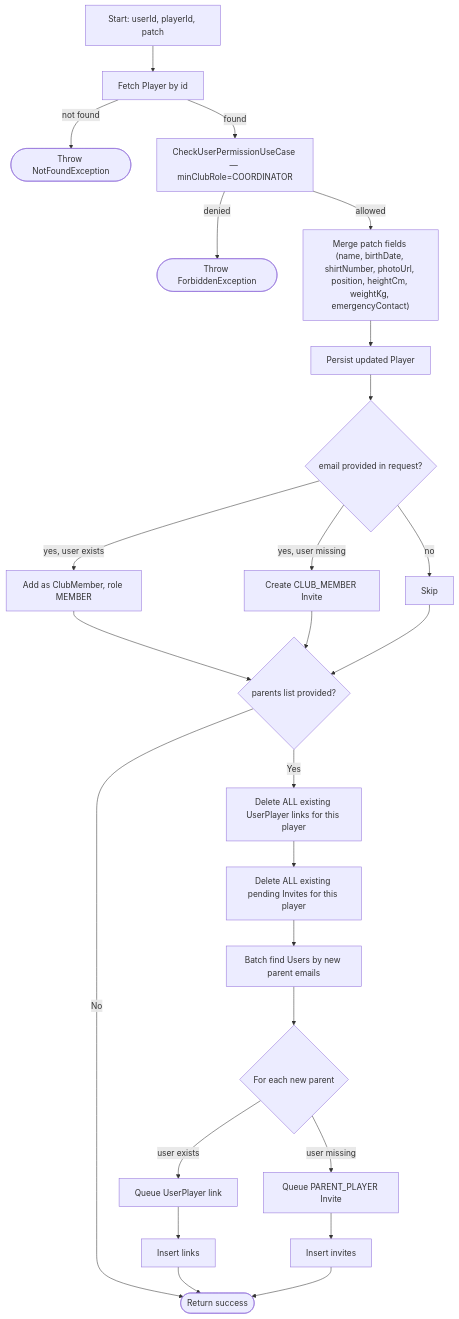
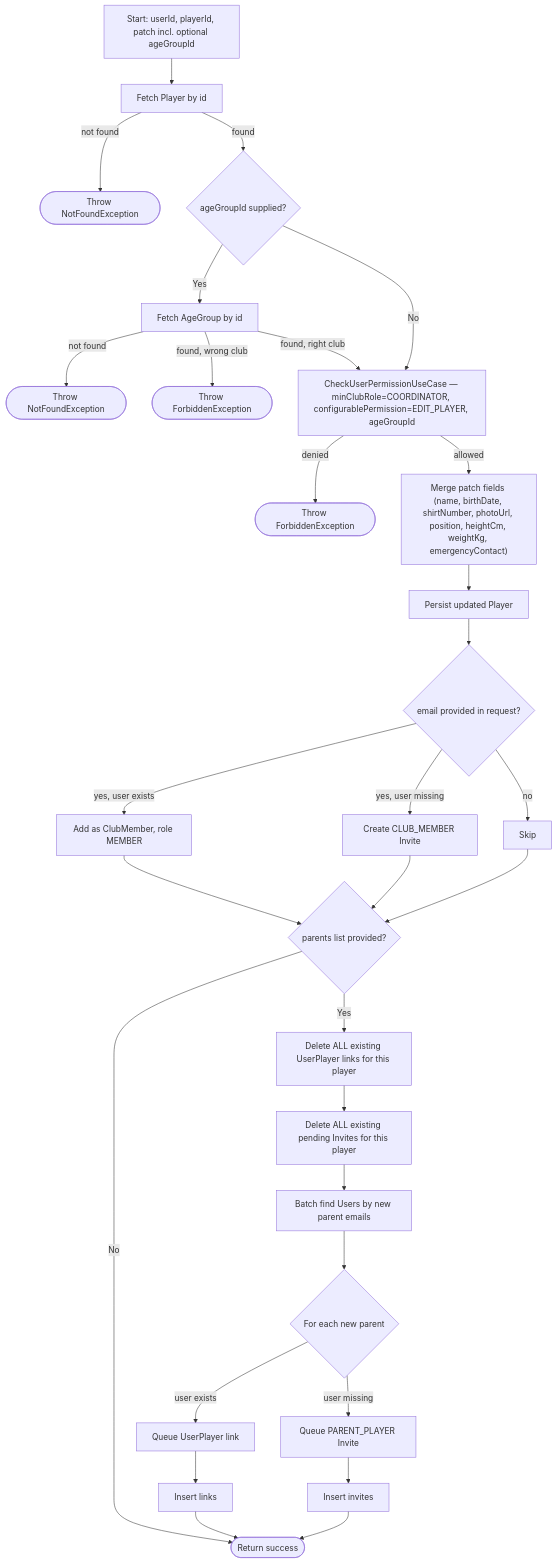
Before and after one commit to ricardofrango/squadify: diagram 33 of 57 in PROCESS_FLOWS.md, drawn with Mermaid. The commit also changed other lines of this file and 87 other files, not shown here.

First line of the commit message:
Add configurable club permissions

````diff
--- a/PROCESS_FLOWS.md
+++ b/PROCESS_FLOWS.md
@@ -631,27 +660,32 @@
 ```mermaid
 graph TD
-    A[Start: userId, playerId, patch] --> B[Fetch Player by id]
+    A[Start: userId, playerId, patch incl. optional ageGroupId] --> B[Fetch Player by id]
     B -- not found --> N(["Throw NotFoundException"])
-    B -- found --> C[CheckUserPermissionUseCase — minClubRole=COORDINATOR]
+    B -- found --> AG{ageGroupId supplied?}
+    AG -- Yes --> AGF[Fetch AgeGroup by id]
+    AGF -- not found --> N2(["Throw NotFoundException"])
+    AGF -- found, wrong club --> FB(["Throw ForbiddenException"])
+    AGF -- found, right club --> C
+    AG -- No --> C[CheckUserPermissionUseCase — minClubRole=COORDINATOR, configurablePermission=EDIT_PLAYER, ageGroupId]
     C -- denied --> F(["Throw ForbiddenException"])
     C -- allowed --> D["Merge patch fields (name, birthDate, shirtNumber, photoUrl, position, heightCm, weightKg, emergencyContact)"]
     D --> E[Persist updated Player]
     E --> G{email provided in request?}
     G -- yes, user exists --> H[Add as ClubMember, role MEMBER]
     G -- yes, user missing --> I[Create CLUB_MEMBER Invite]
     G -- no --> SK[Skip]
     H --> J{parents list provided?}
     I --> J
     SK --> J
     J -- No --> Z(["Return success"])
     J -- Yes --> K["Delete ALL existing UserPlayer links for this player"]
     K --> L["Delete ALL existing pending Invites for this player"]
     L --> M[Batch find Users by new parent emails]
     M --> P{For each new parent}
     P -- user exists --> Q[Queue UserPlayer link]
     P -- user missing --> R[Queue PARENT_PLAYER Invite]
     Q --> S[Insert links]
     R --> T[Insert invites]
     S --> Z
     T --> Z
 ```
````
